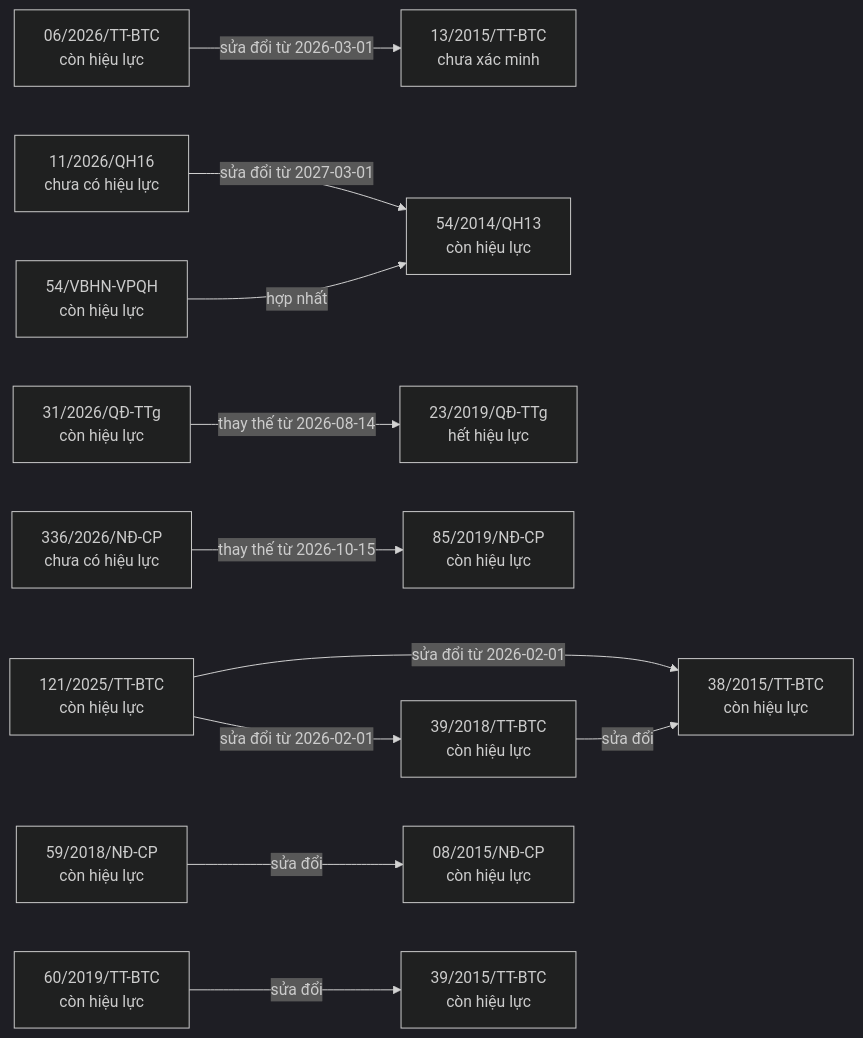
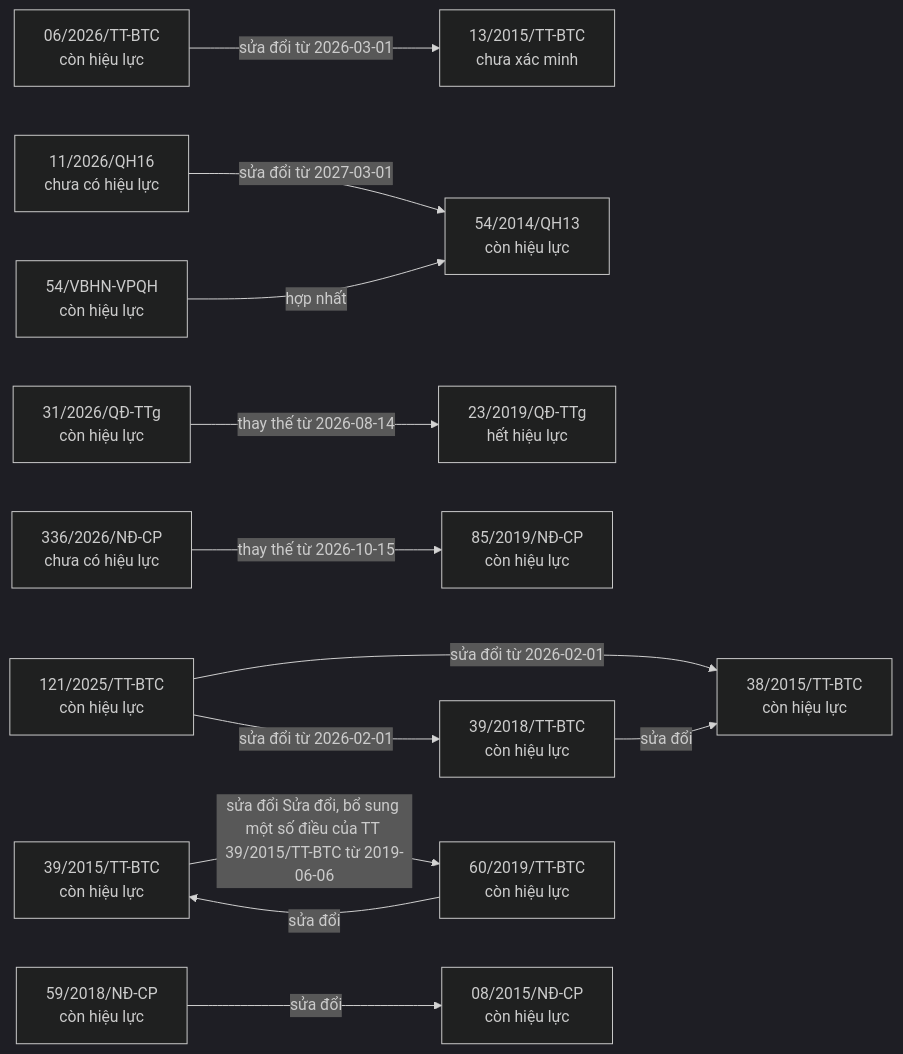
One commit to ozvietnam/oz-wiki-plhq changed the second of 8 diagrams in bao-cao/quan-he.md. Above: the diagram before and after it, drawn with Mermaid (dark theme). The commit also changed other lines of this file and 4 other files, not shown here.

````diff
--- a/bao-cao/quan-he.md
+++ b/bao-cao/quan-he.md
@@ -7,29 +16,30 @@
 ```mermaid
 flowchart LR
   n_06_2026_TT_BTC["06/2026/TT-BTC<br/>còn hiệu lực"]
   n_13_2015_TT_BTC["13/2015/TT-BTC<br/>chưa xác minh"]
   n_11_2026_QH16["11/2026/QH16<br/>chưa có hiệu lực"]
   n_54_2014_QH13["54/2014/QH13<br/>còn hiệu lực"]
   n_121_2025_TT_BTC["121/2025/TT-BTC<br/>còn hiệu lực"]
   n_38_2015_TT_BTC["38/2015/TT-BTC<br/>còn hiệu lực"]
   n_39_2018_TT_BTC["39/2018/TT-BTC<br/>còn hiệu lực"]
   n_31_2026_Q__TTg["31/2026/QĐ-TTg<br/>còn hiệu lực"]
   n_23_2019_Q__TTg["23/2019/QĐ-TTg<br/>hết hiệu lực"]
   n_336_2026_N__CP["336/2026/NĐ-CP<br/>chưa có hiệu lực"]
   n_85_2019_N__CP["85/2019/NĐ-CP<br/>còn hiệu lực"]
+  n_39_2015_TT_BTC["39/2015/TT-BTC<br/>còn hiệu lực"]
+  n_60_2019_TT_BTC["60/2019/TT-BTC<br/>còn hiệu lực"]
   n_54_VBHN_VPQH["54/VBHN-VPQH<br/>còn hiệu lực"]
   n_59_2018_N__CP["59/2018/NĐ-CP<br/>còn hiệu lực"]
   n_08_2015_N__CP["08/2015/NĐ-CP<br/>còn hiệu lực"]
-  n_60_2019_TT_BTC["60/2019/TT-BTC<br/>còn hiệu lực"]
-  n_39_2015_TT_BTC["39/2015/TT-BTC<br/>còn hiệu lực"]
   n_06_2026_TT_BTC -->|sửa đổi từ 2026-03-01| n_13_2015_TT_BTC
   n_11_2026_QH16 -->|sửa đổi từ 2027-03-01| n_54_2014_QH13
   n_121_2025_TT_BTC -->|sửa đổi từ 2026-02-01| n_38_2015_TT_BTC
   n_121_2025_TT_BTC -->|sửa đổi từ 2026-02-01| n_39_2018_TT_BTC
   n_31_2026_Q__TTg -->|thay thế từ 2026-08-14| n_23_2019_Q__TTg
   n_336_2026_N__CP -->|thay thế từ 2026-10-15| n_85_2019_N__CP
+  n_39_2015_TT_BTC -->|sửa đổi Sửa đổi, bổ sung một số điều của TT 39/2015/TT-BTC từ 2019-06-06| n_60_2019_TT_BTC
   n_39_2018_TT_BTC -->|sửa đổi| n_38_2015_TT_BTC
   n_54_VBHN_VPQH -->|hợp nhất| n_54_2014_QH13
   n_59_2018_N__CP -->|sửa đổi| n_08_2015_N__CP
   n_60_2019_TT_BTC -->|sửa đổi| n_39_2015_TT_BTC
 ```
````
